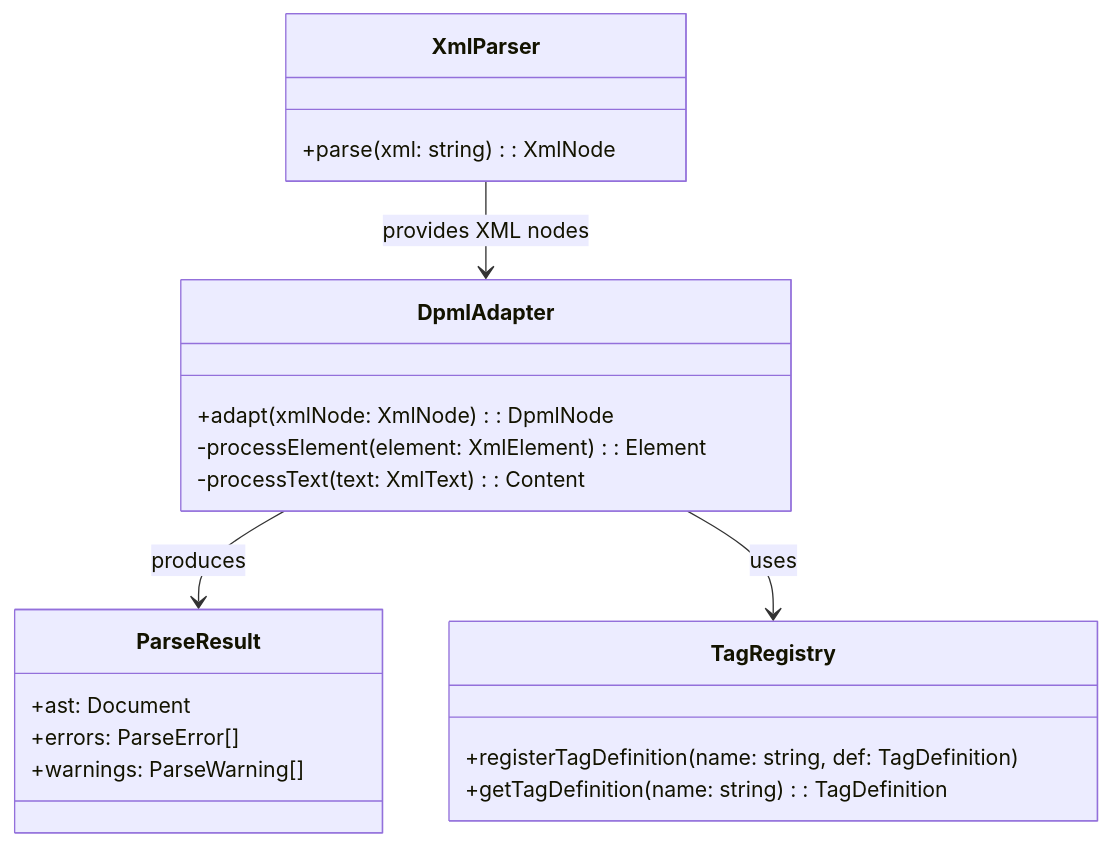
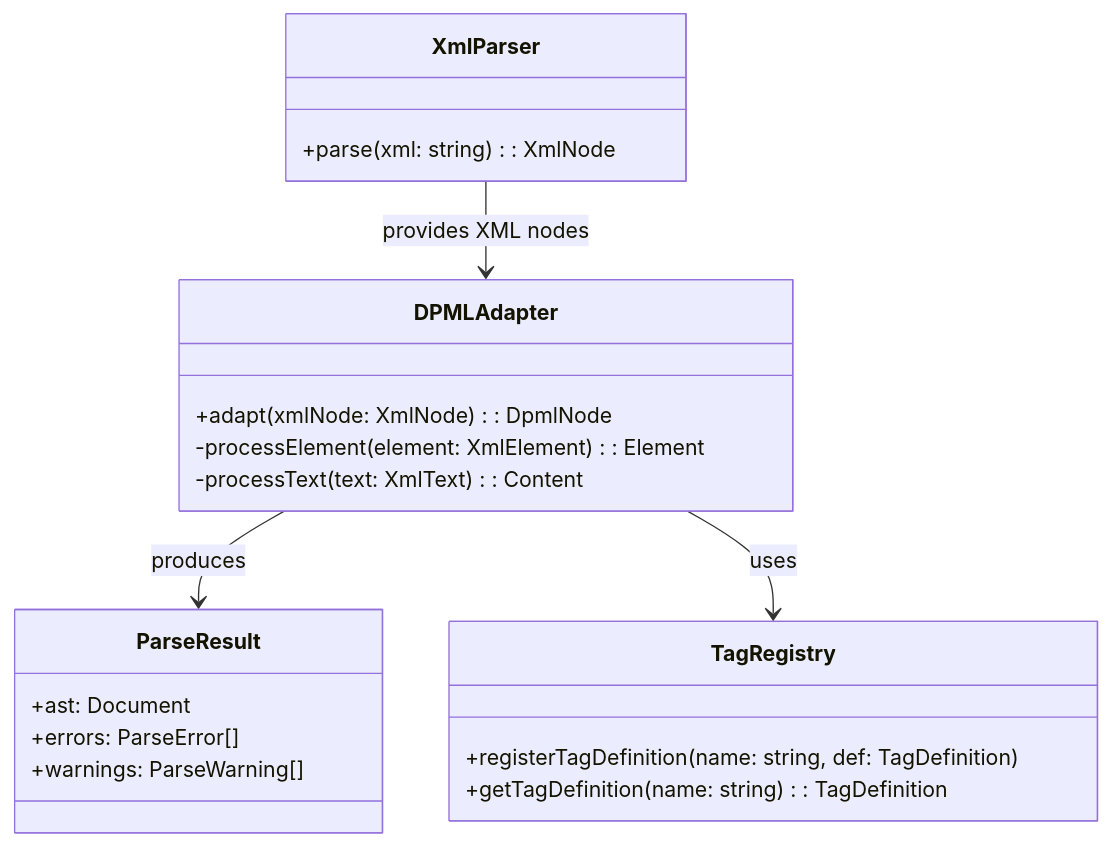
The second of 3 diagrams in packages/core/docs/backup/parser/Core-Parser-Design.md (Deepractice/DPML), drawn with Mermaid before and after one commit. The commit also changed other lines of this file and 69 other files, not shown here.

````diff
--- a/packages/core/docs/backup/parser/Core-Parser-Design.md
+++ b/packages/core/docs/backup/parser/Core-Parser-Design.md
@@ -43,27 +43,27 @@
 ```mermaid
 classDiagram
     class XmlParser {
         +parse(xml: string): XmlNode
     }
 
-    class DpmlAdapter {
+    class DPMLAdapter {
         +adapt(xmlNode: XmlNode): DpmlNode
         -processElement(element: XmlElement): Element
         -processText(text: XmlText): Content
     }
 
     class TagRegistry {
         +registerTagDefinition(name: string, def: TagDefinition)
         +getTagDefinition(name: string): TagDefinition
     }
 
     class ParseResult {
         +ast: Document
         +errors: ParseError[]
         +warnings: ParseWarning[]
     }
 
-    XmlParser --> DpmlAdapter: provides XML nodes
-    DpmlAdapter --> ParseResult: produces
-    DpmlAdapter --> TagRegistry: uses
+    XmlParser --> DPMLAdapter: provides XML nodes
+    DPMLAdapter --> ParseResult: produces
+    DPMLAdapter --> TagRegistry: uses
 ```
````
